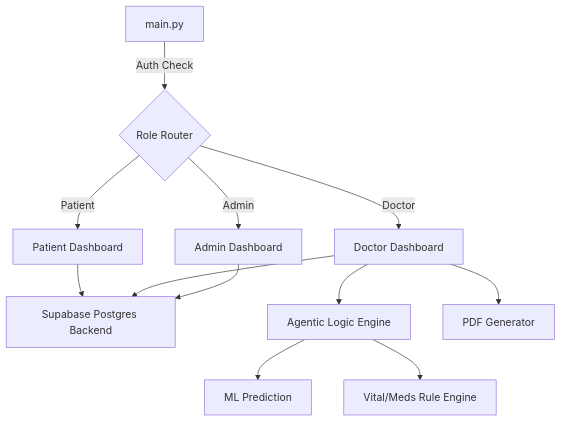
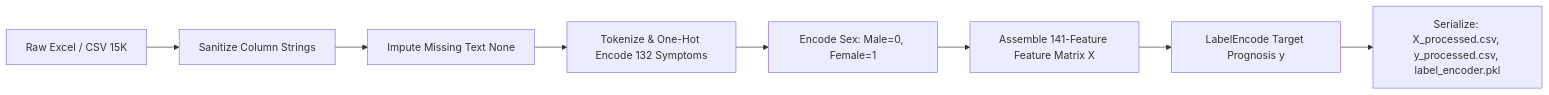
The third of 4 diagrams in README.md (jaajitha/healthcare-agentic-ai), drawn with Mermaid before and after one commit. The commit also changed other lines of this file and 6 other files, not shown here.

````diff
--- a/README.md
+++ b/README.md
@@ -115,17 +171,10 @@
 ```mermaid
-graph TD
-    A[main.py] --> |Auth Check| B{Role Router}
-    B --> |Patient| C[Patient Dashboard]
-    B --> |Doctor| D[Doctor Dashboard]
-    B --> |Admin| E[Admin Dashboard]
-    
-    C --> F[Supabase Postgres Backend]
-    D --> F
-    E --> F
-    
-    D --> G[Agentic Logic Engine]
-    G --> H[ML Prediction]
-    G --> I[Vital/Meds Rule Engine]
-    
-    D --> J[PDF Generator]
+flowchart LR
+    A[Raw Excel / CSV 15K] --> B[Sanitize Column Strings]
+    B --> C[Impute Missing Text None]
+    C --> D[Tokenize & One-Hot Encode 132 Symptoms]
+    D --> E[Encode Sex: Male=0, Female=1]
+    E --> F[Assemble 141-Feature Feature Matrix X]
+    F --> G[LabelEncode Target Prognosis y]
+    G --> H[Serialize: X_processed.csv, y_processed.csv, label_encoder.pkl]
 ```
````
